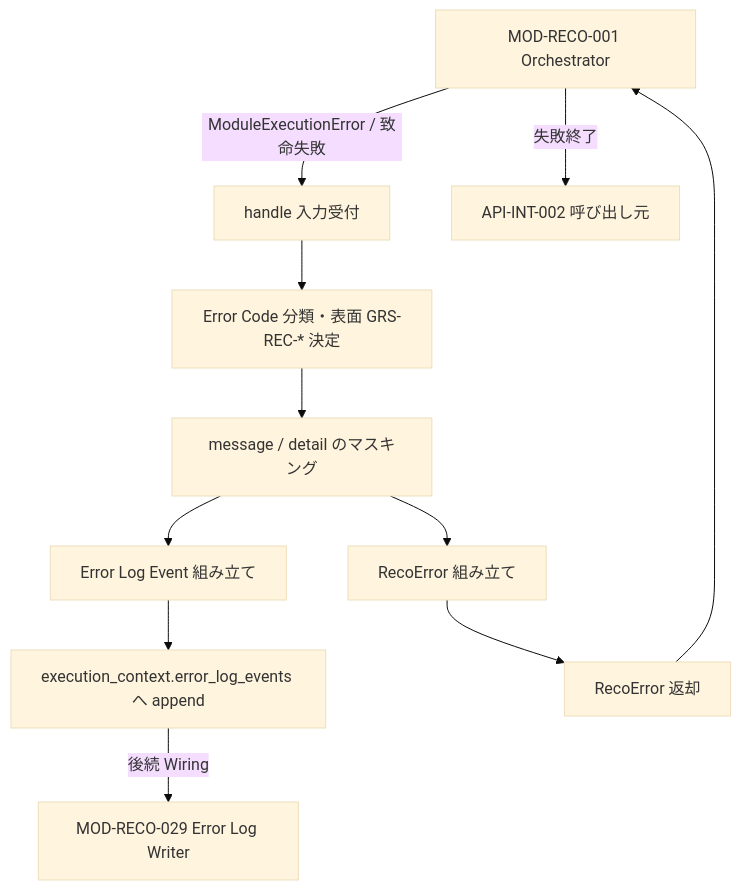
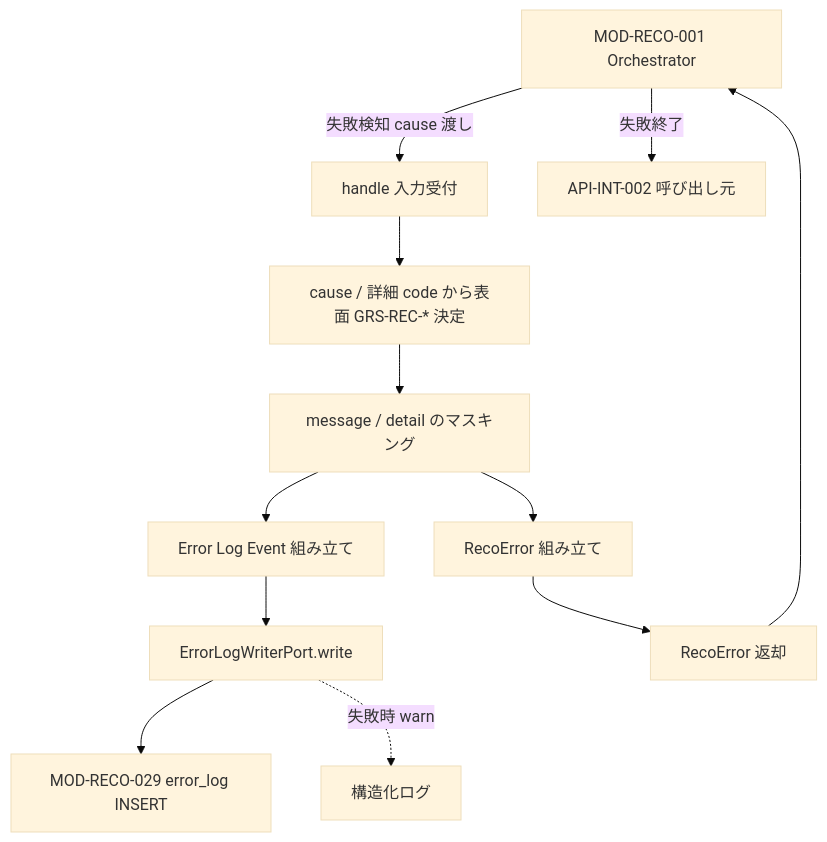
One commit to ryo-chan-k6/GiftRecommendAPP_MVP_CYCLE_3 changed the diagram in docs/06_実装設計/reco/MOD-RECO-024_Reco Error Handlerモジュール仕様書.md. Above: the diagram before and after it, drawn with Mermaid (base theme). The commit also changed other lines of this file, not shown here.

First line of the commit message:
docs: MOD-RECO-024 本リリース向けエラー設計方針を確定

````diff
--- a/docs/06_実装設計/reco/MOD-RECO-024_Reco Error Handlerモジュール仕様書.md
+++ b/docs/06_実装設計/reco/MOD-RECO-024_Reco Error Handlerモジュール仕様書.md
@@ -152,13 +157,14 @@
 ```mermaid
 flowchart TD
-    ORCH[MOD-RECO-001 Orchestrator] -->|ModuleExecutionError / 致命失敗| IN[handle 入力受付]
-    IN --> CLASSIFY[Error Code 分類・表面 GRS-REC-* 決定]
-    CLASSIFY --> MASK[message / detail のマスキング]
+    ORCH[MOD-RECO-001 Orchestrator] -->|失敗検知 cause 渡し| IN[handle 入力受付]
+    IN --> RESOLVE[cause / 詳細 code から表面 GRS-REC-* 決定]
+    RESOLVE --> MASK[message / detail のマスキング]
     MASK --> BUILD_RE[RecoError 組み立て]
     MASK --> BUILD_EL[Error Log Event 組み立て]
-    BUILD_EL --> CTX[execution_context.error_log_events へ append]
+    BUILD_EL --> W29[ErrorLogWriterPort.write]
+    W29 --> ELOG[MOD-RECO-029 error_log INSERT]
     BUILD_RE --> OUT[RecoError 返却]
-    CTX -->|後続 Wiring| W29[MOD-RECO-029 Error Log Writer]
     OUT --> ORCH
     ORCH -->|失敗終了| API[API-INT-002 呼び出し元]
+    W29 -.->|失敗時 warn| WARN[構造化ログ]
 ```
````
